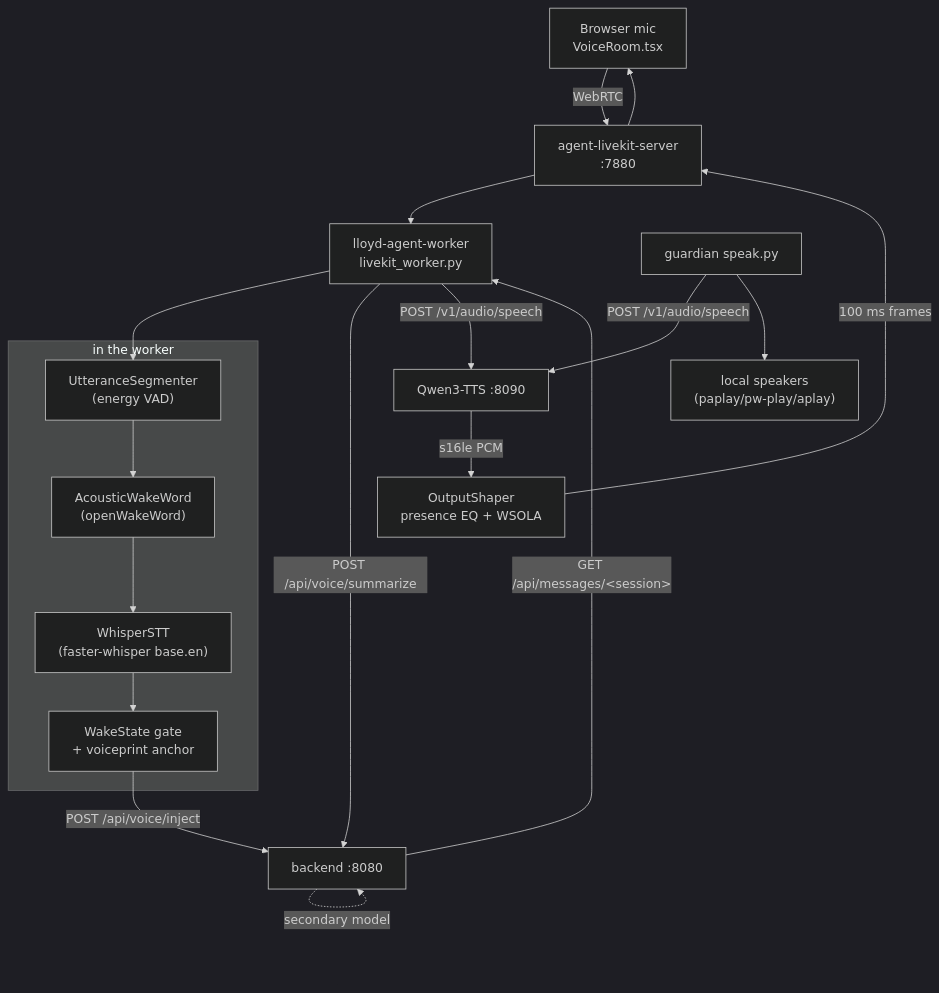
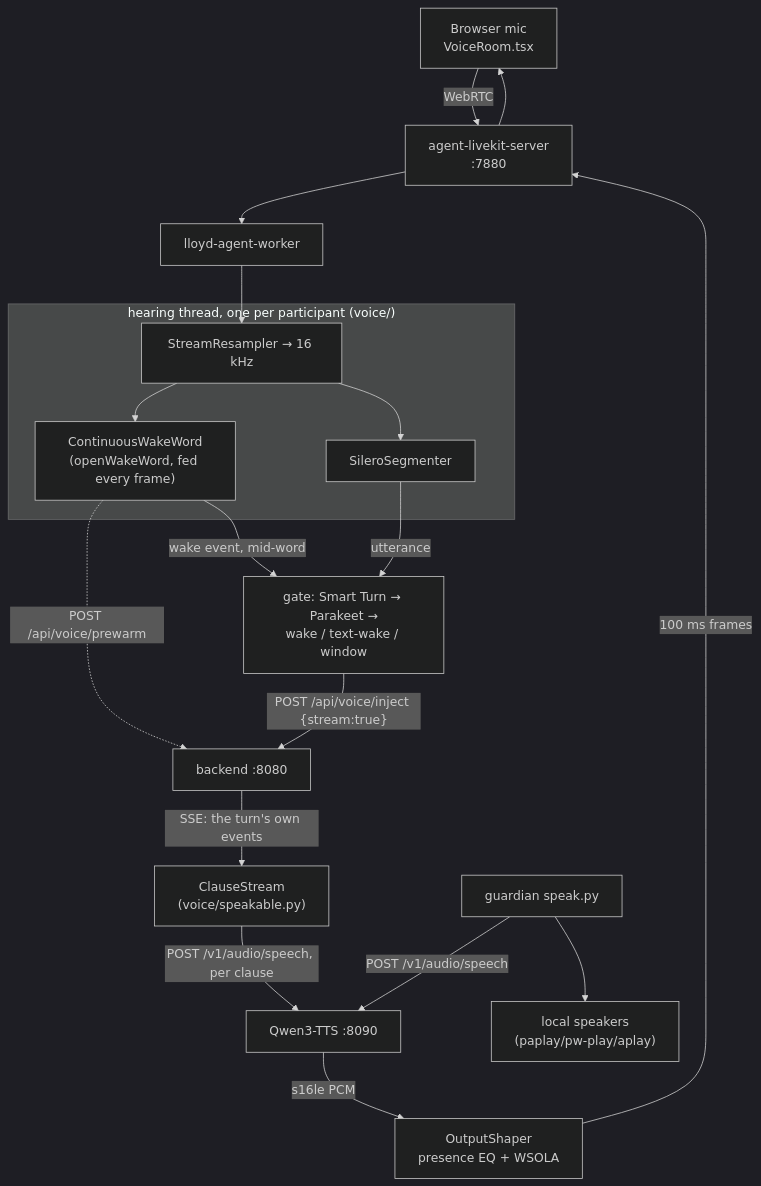
One commit to alansrobotlab2/lloyd changed the diagram in architecture/voice.md. Above: the diagram before and after it, drawn with Mermaid (dark theme). The commit also changed other lines of this file and 38 other files, not shown here.

````diff
--- a/architecture/voice.md
+++ b/architecture/voice.md
@@ -42,25 +53,24 @@
 ```mermaid
 graph TB
     Browser["Browser mic<br/>VoiceRoom.tsx"] -->|"WebRTC"| SFU["agent-livekit-server<br/>:7880"]
-    SFU --> Worker["lloyd-agent-worker<br/>livekit_worker.py"]
+    SFU --> Worker["lloyd-agent-worker"]
 
-    subgraph "in the worker"
-        VAD["UtteranceSegmenter<br/>(energy VAD)"] --> WW["AcousticWakeWord<br/>(openWakeWord)"]
-        WW --> STT["WhisperSTT<br/>(faster-whisper base.en)"]
-        STT --> Gate["WakeState gate<br/>+ voiceprint anchor"]
+    subgraph "hearing thread, one per participant (voice/)"
+        RS["StreamResampler → 16 kHz"] --> WW["ContinuousWakeWord<br/>(openWakeWord, fed every frame)"]
+        RS --> VAD["SileroSegmenter"]
     end
+    Worker --> RS
+    WW -->|"wake event, mid-word"| Gate
+    VAD -->|"utterance"| Gate["gate: Smart Turn → Parakeet →<br/>wake / text-wake / window"]
 
-    Worker --> VAD
-    Gate -->|"POST /api/voice/inject"| Backend["backend :8080"]
-
-    Backend -->|"GET /api/messages/&lt;session&gt;"| Worker
-    Worker -->|"POST /api/voice/summarize"| Backend
-    Backend -.->|"secondary model"| Backend
-    Worker -->|"POST /v1/audio/speech"| TTS["Qwen3-TTS :8090"]
+    WW -.->|"POST /api/voice/prewarm"| Backend
+    Gate -->|"POST /api/voice/inject {stream:true}"| Backend["backend :8080"]
+    Backend -->|"SSE: the turn's own events"| Clauses["ClauseStream<br/>(voice/speakable.py)"]
+    Clauses -->|"POST /v1/audio/speech, per clause"| TTS["Qwen3-TTS :8090"]
     TTS -->|"s16le PCM"| Shaper["OutputShaper<br/>presence EQ + WSOLA"]
     Shaper -->|"100 ms frames"| SFU
     SFU --> Browser
 
     Guardian["guardian speak.py"] -->|"POST /v1/audio/speech"| TTS
     Guardian --> Speakers["local speakers<br/>(paplay/pw-play/aplay)"]
 ```
````
